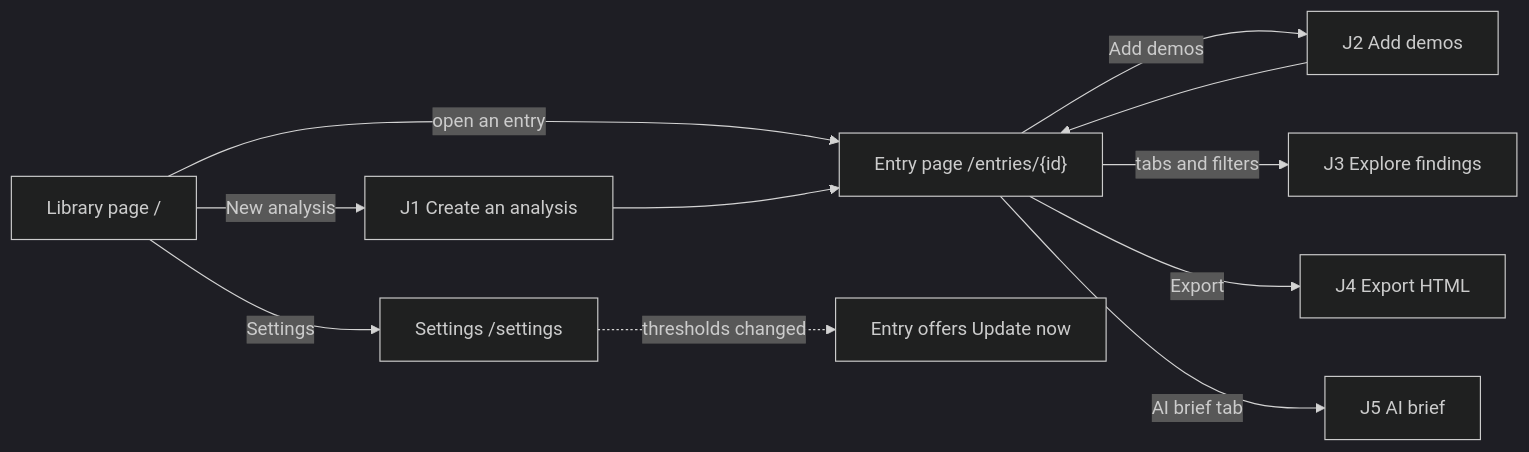
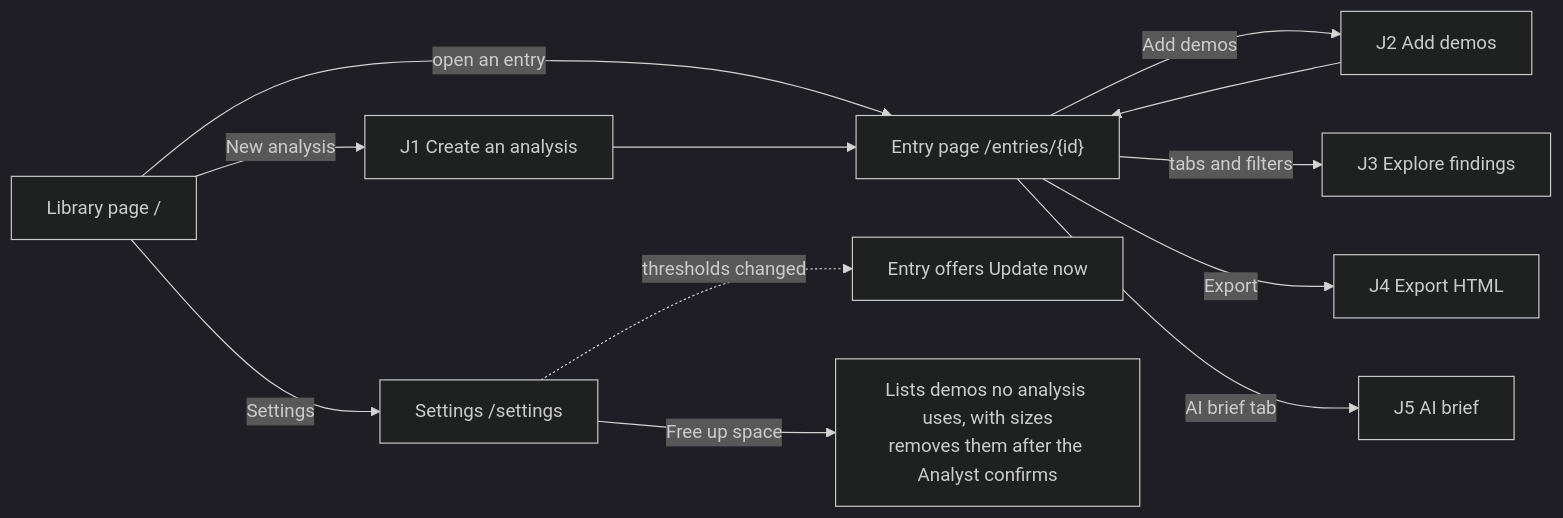
One commit to GeorgeMac06/CS2-demo-analyser changed the first of 5 diagrams in docs/workflows/user-journeys.md. Above: the diagram before and after it, drawn with Mermaid (dark theme). The commit also changed other lines of this file and 14 other files, not shown here.

First line of the commit message:
Add Free up space: remove demos no analysis uses

````diff
--- a/docs/workflows/user-journeys.md
+++ b/docs/workflows/user-journeys.md
@@ -8,13 +8,14 @@
 ```mermaid
 flowchart LR
   LIB["Library page /"] -->|New analysis| J1["J1 Create an analysis"]
   LIB -->|open an entry| ENTRY["Entry page /entries/{id}"]
   J1 --> ENTRY
   ENTRY -->|Add demos| J2["J2 Add demos"]
   J2 --> ENTRY
   ENTRY -->|tabs and filters| J3["J3 Explore findings"]
   ENTRY -->|Export| J4["J4 Export HTML"]
   ENTRY -->|AI brief tab| J5["J5 AI brief"]
   LIB -->|Settings| SET["Settings /settings"]
   SET -.->|thresholds changed| UPD["Entry offers Update now"]
+  SET -->|Free up space| FREE["Lists demos no analysis uses, with sizes<br/>removes them after the Analyst confirms"]
 ```
````
